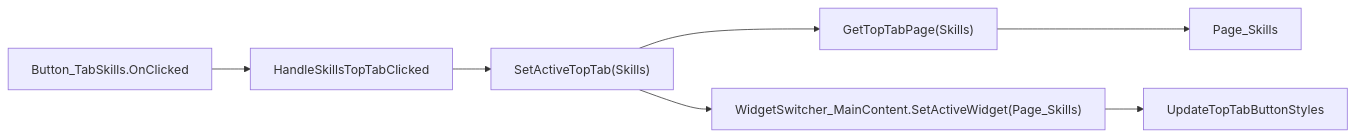
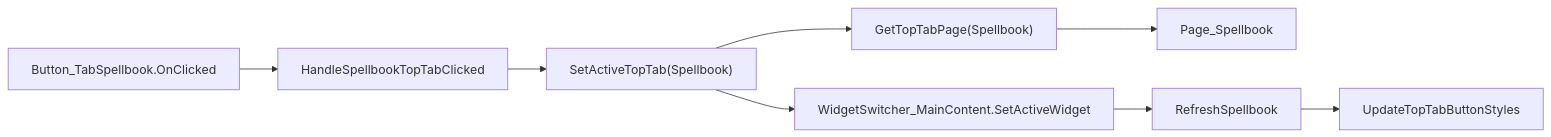
One commit to PhilippeMartin1964/GrimrockPrototype changed the third of 4 diagrams in docs/Design/UI_GRIMROCK_MENU_CURRENT.md. Above: the diagram before and after it, drawn with Mermaid. The commit also changed other lines of this file and 6 other files, not shown here.

````diff
--- a/docs/Design/UI_GRIMROCK_MENU_CURRENT.md
+++ b/docs/Design/UI_GRIMROCK_MENU_CURRENT.md
@@ -355,9 +270,10 @@
 ```mermaid
 flowchart LR
-    Button["Button_TabSkills.OnClicked"] --> Handler["HandleSkillsTopTabClicked"]
-    Handler --> Set["SetActiveTopTab(Skills)"]
-    Set --> Resolve["GetTopTabPage(Skills)"]
-    Resolve --> Page["Page_Skills"]
-    Set --> Switch["WidgetSwitcher_MainContent.SetActiveWidget(Page_Skills)"]
-    Switch --> Style["UpdateTopTabButtonStyles"]
+    A["Button_TabSpellbook.OnClicked"] --> B["HandleSpellbookTopTabClicked"]
+    B --> C["SetActiveTopTab(Spellbook)"]
+    C --> D["GetTopTabPage(Spellbook)"]
+    D --> E["Page_Spellbook"]
+    C --> F["WidgetSwitcher_MainContent.SetActiveWidget"]
+    F --> G["RefreshSpellbook"]
+    G --> H["UpdateTopTabButtonStyles"]
 ```
````
